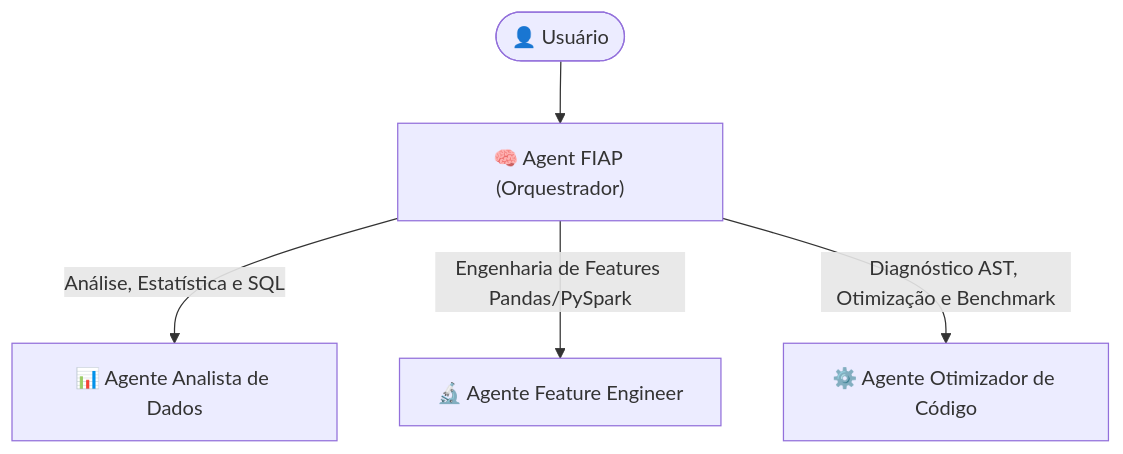
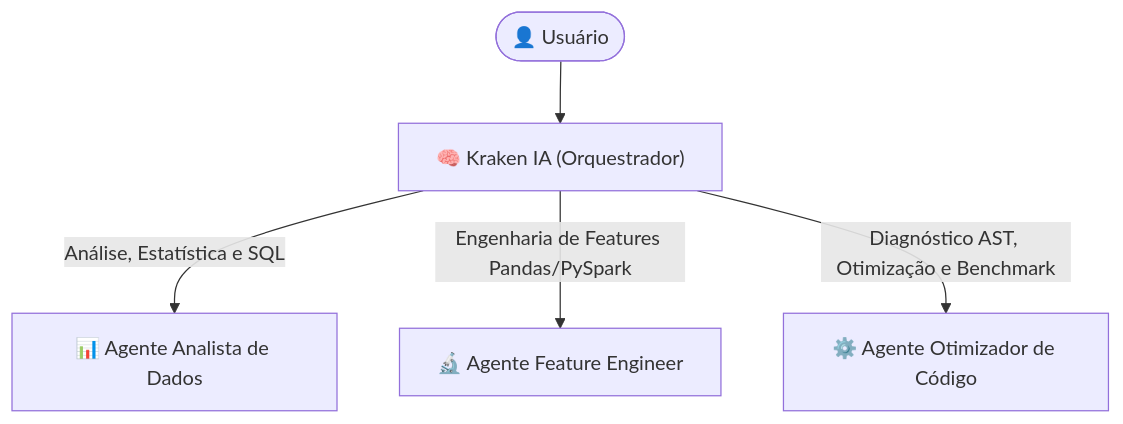
The diagram in README.md (mathsantoss/agent_optimizer), drawn with Mermaid before and after one commit. The commit also changed other lines of this file and 97 other files, not shown here.

Commit message:
refactor: rename project from agent-fiap to kraken-ia

````diff
--- a/README.md
+++ b/README.md
@@ -13,7 +13,7 @@
 ```mermaid
 flowchart TB
-    U(["👤 Usuário"]) --> O["🧠 Agent FIAP (Orquestrador)"]
+    U(["👤 Usuário"]) --> O["🧠 Kraken IA (Orquestrador)"]
     O -->|Análise, Estatística e SQL| A["📊 Agente Analista de Dados"]
     O -->|Engenharia de Features Pandas/PySpark| F["🔬 Agente Feature Engineer"]
     O -->|Diagnóstico AST, Otimização e Benchmark| C["⚙️ Agente Otimizador de Código"]
 ```
````
